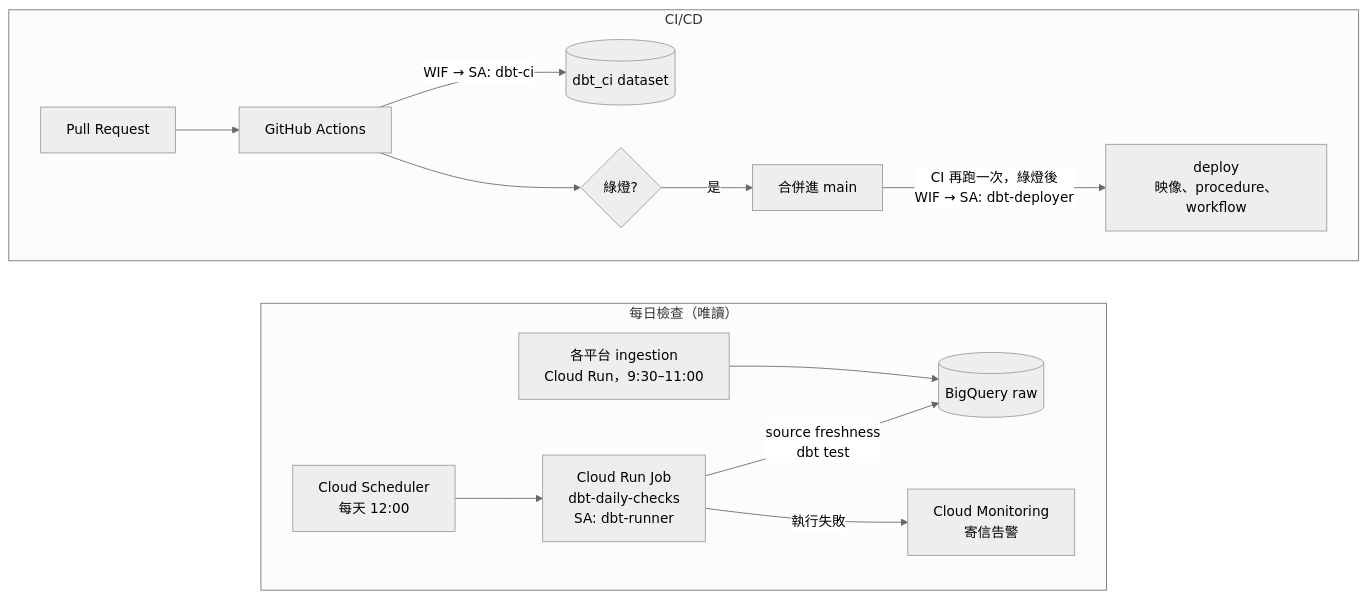
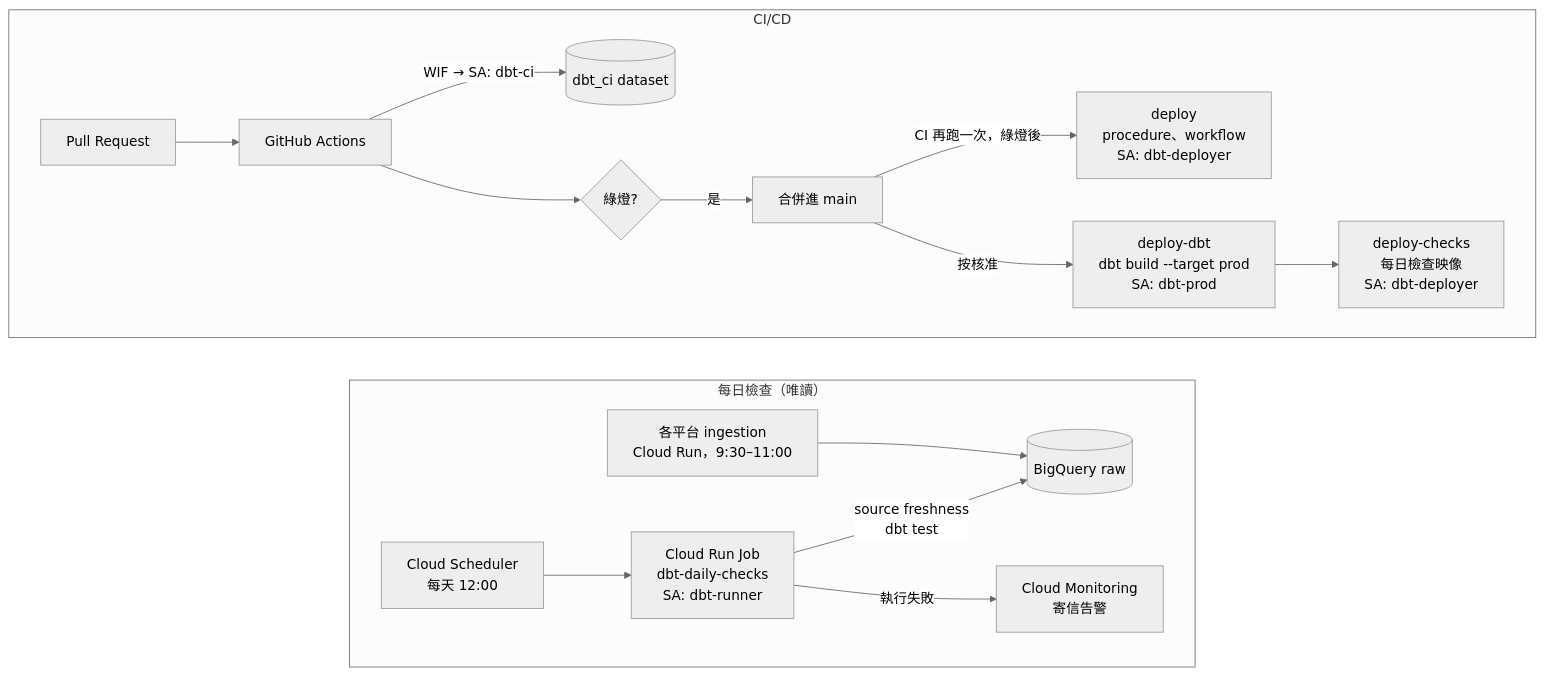
The first of 2 diagrams in orchestration/README.md (shangweiyang79/taiwanplus-dbt), drawn with Mermaid (neutral theme) before and after one commit. The commit also changed other lines of this file and 2 other files, not shown here.

First line of the commit message:
Add CD stage 2: approved dbt build --target prod before swapping checks image

````diff
--- a/orchestration/README.md
+++ b/orchestration/README.md
@@ -5,18 +5,19 @@
 ```mermaid
 flowchart LR
     subgraph daily["每日檢查（唯讀）"]
         direction LR
         ING["各平台 ingestion<br/>Cloud Run，9:30–11:00"] --> RAW[("BigQuery raw")]
         SCH["Cloud Scheduler<br/>每天 12:00"] --> JOB["Cloud Run Job<br/>dbt-daily-checks<br/>SA: dbt-runner"]
         JOB -->|"source freshness<br/>dbt test"| RAW
         JOB -->|執行失敗| MON["Cloud Monitoring<br/>寄信告警"]
     end
     subgraph ci["CI/CD"]
         direction LR
         PR["Pull Request"] --> GHA["GitHub Actions"]
         GHA -->|"WIF → SA: dbt-ci"| CIDS[("dbt_ci dataset")]
         GHA --> CHK{"綠燈?"}
         CHK -->|是| MAIN["合併進 main"]
-        MAIN -->|"CI 再跑一次，綠燈後<br/>WIF → SA: dbt-deployer"| DEP["deploy<br/>映像、procedure、workflow"]
+        MAIN -->|"CI 再跑一次，綠燈後"| DEP["deploy<br/>procedure、workflow<br/>SA: dbt-deployer"]
+        MAIN -->|"按核准"| DDBT["deploy-dbt<br/>dbt build --target prod<br/>SA: dbt-prod"] --> DCHK["deploy-checks<br/>每日檢查映像<br/>SA: dbt-deployer"]
     end
 ```
````
